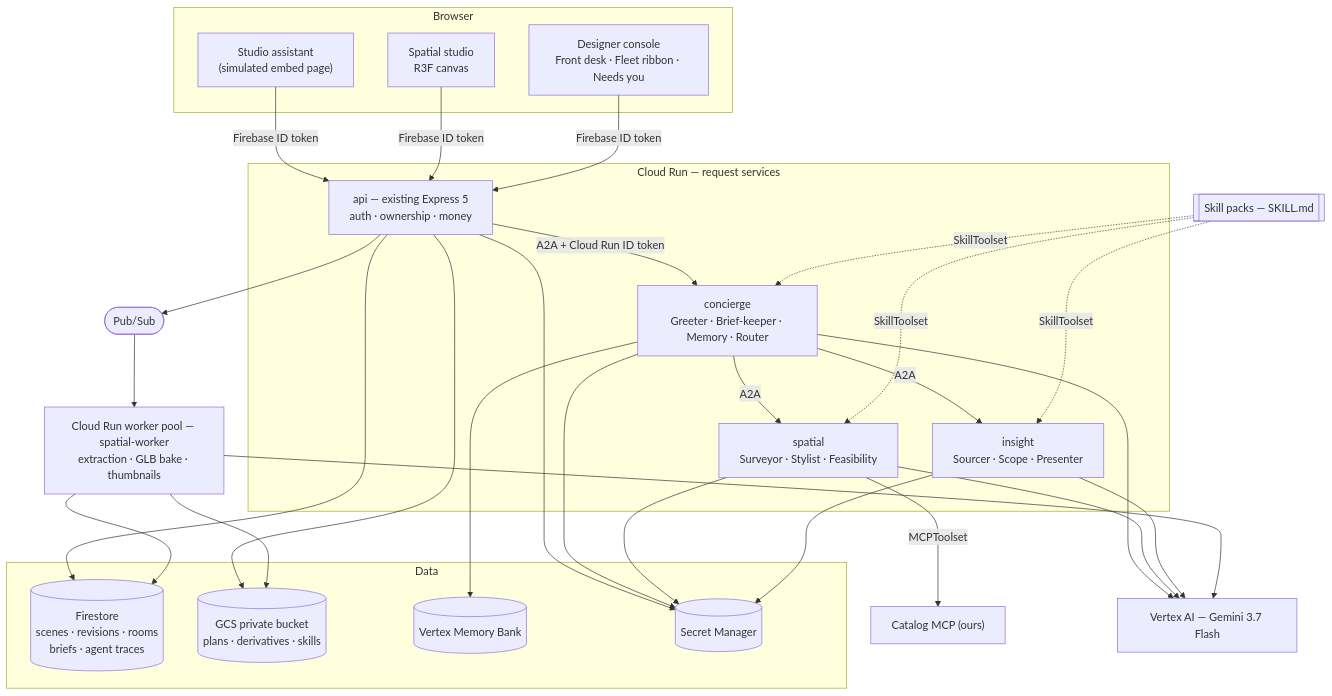
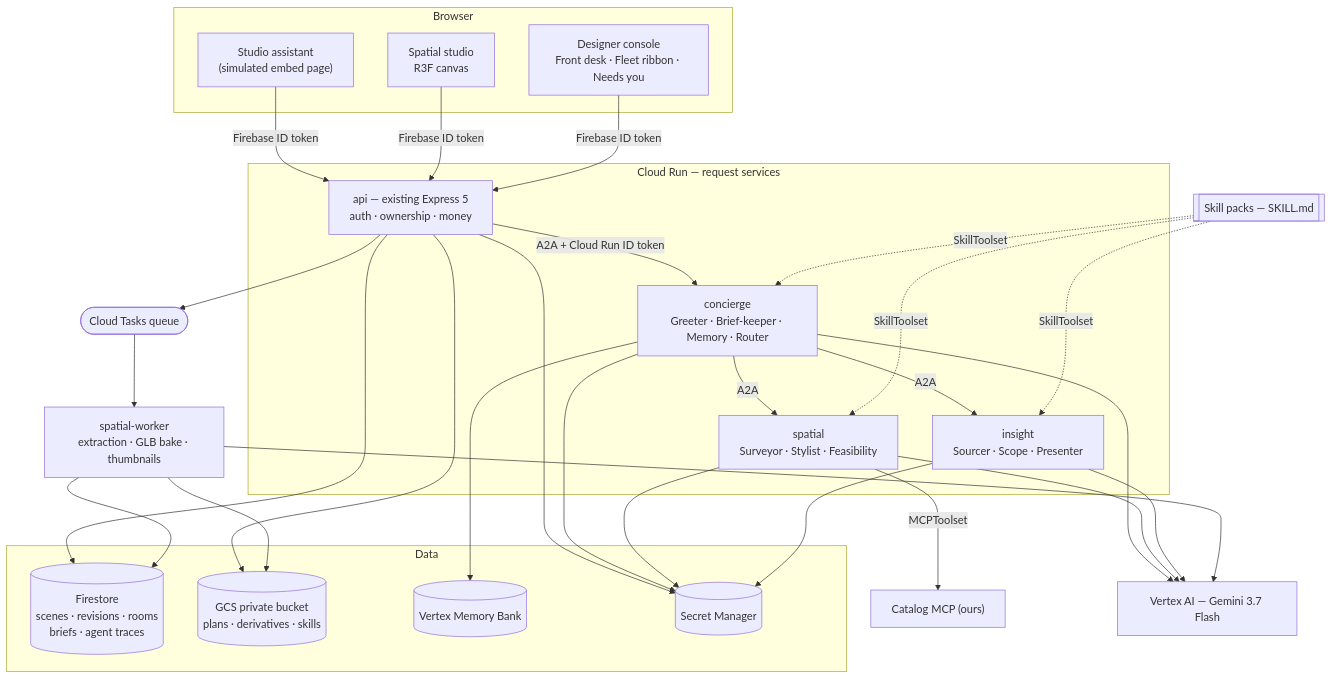
One commit to jayanth-mkv/vibe-estimate changed the first of 2 diagrams in docs/plan/v2.md. Above: the diagram before and after it, drawn with Mermaid. The commit also changed other lines of this file and 13 other files, not shown here.

````diff
--- a/docs/plan/v2.md
+++ b/docs/plan/v2.md
@@ -88,42 +88,42 @@
 ```mermaid
 flowchart TB
   subgraph Browser
     W["Studio assistant<br/>(simulated embed page)"]
     S["Spatial studio<br/>R3F canvas"]
     C["Designer console<br/>Front desk · Fleet ribbon · Needs you"]
   end
 
   subgraph "Cloud Run — request services"
     API["api — existing Express 5<br/>auth · ownership · money"]
     CON["concierge<br/>Greeter · Brief-keeper · Memory · Router"]
     SPA["spatial<br/>Surveyor · Stylist · Feasibility"]
     INS["insight<br/>Sourcer · Scope · Presenter"]
   end
 
-  WP["Cloud Run worker pool — spatial-worker<br/>extraction · GLB bake · thumbnails"]
+  WP["spatial-worker<br/>extraction · GLB bake · thumbnails"]
 
   subgraph Data
     FS[("Firestore<br/>scenes · revisions · rooms<br/>briefs · agent traces")]
     GCS[("GCS private bucket<br/>plans · derivatives · skills")]
     MB[("Vertex Memory Bank")]
     SM[("Secret Manager")]
   end
 
   MCAT["Catalog MCP (ours)"]
   SK[["Skill packs — SKILL.md"]]
   VX["Vertex AI — Gemini 3.7 Flash"]
-  PS(["Pub/Sub"])
+  PS(["Cloud Tasks queue"])
 
   W & S & C -->|Firebase ID token| API
   API -->|A2A + Cloud Run ID token| CON
   CON -->|A2A| SPA
   CON -->|A2A| INS
   API --> PS --> WP
   CON & SPA & INS & WP --> VX
   CON --> MB
   SPA -->|MCPToolset| MCAT
   SK -.->|SkillToolset| CON & SPA & INS
   API & WP --> FS
   API & WP --> GCS
   API & CON & SPA & INS --> SM
 ```
````
